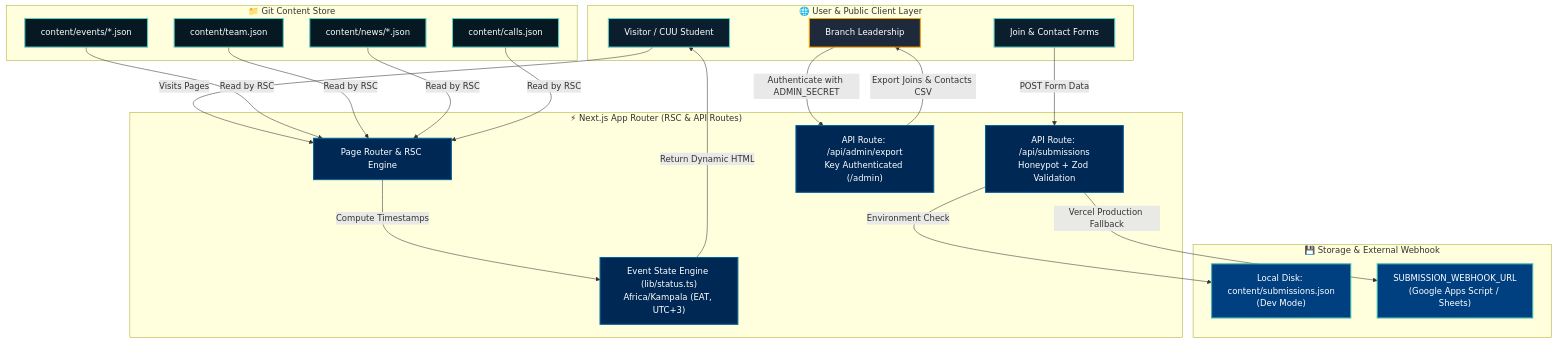
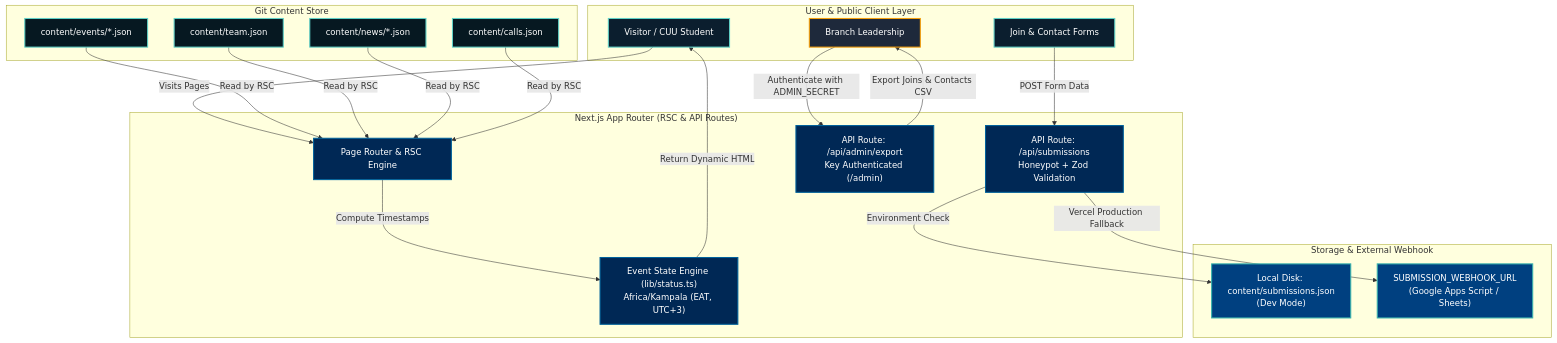
The first of 3 diagrams in README.md (EGABO-TECH/ieee-cuu-website), drawn with Mermaid before and after one commit. The commit also changed other lines of this file, not shown here.

````diff
--- a/README.md
+++ b/README.md
@@ -83,46 +83,46 @@
 ```mermaid
 flowchart TD
     classDef client fill:#0B1E2E,stroke:#5fd0c6,stroke-width:2px,color:#ffffff
     classDef nextjs fill:#002855,stroke:#00629B,stroke-width:2px,color:#ffffff
     classDef content fill:#061821,stroke:#5fd0c6,stroke-width:2px,color:#ffffff
     classDef storage fill:#004080,stroke:#38B2AC,stroke-width:2px,color:#ffffff
     classDef admin fill:#1E293B,stroke:#F59E0B,stroke-width:2px,color:#ffffff
 
-    subgraph ClientLayer [" 🌐 User & Public Client Layer "]
+    subgraph ClientLayer ["  User & Public Client Layer "]
         Visitor["Visitor / CUU Student"]:::client
         Forms["Join & Contact Forms"]:::client
         Secretary["Branch Leadership"]:::admin
     end
 
-    subgraph NextServer [" ⚡ Next.js App Router (RSC & API Routes) "]
+    subgraph NextServer ["  Next.js App Router (RSC & API Routes) "]
         Router["Page Router & RSC Engine"]:::nextjs
         StateEngine["Event State Engine (lib/status.ts)<br>Africa/Kampala (EAT, UTC+3)"]:::nextjs
         FormHandler["API Route: /api/submissions<br>Honeypot + Zod Validation"]:::nextjs
         AdminRoute["API Route: /api/admin/export<br>Key Authenticated (/admin)"]:::nextjs
     end
 
-    subgraph ContentEngine [" 📁 Git Content Store "]
+    subgraph ContentEngine ["  Git Content Store "]
         EventsJSON["content/events/*.json"]:::content
         TeamJSON["content/team.json"]:::content
         NewsJSON["content/news/*.json"]:::content
         CallsJSON["content/calls.json"]:::content
     end
 
-    subgraph StorageLayer [" 💾 Storage & External Webhook "]
+    subgraph StorageLayer ["  Storage & External Webhook "]
         LocalStore["Local Disk: content/submissions.json<br>(Dev Mode)"]:::storage
         GoogleWebhook["SUBMISSION_WEBHOOK_URL<br>(Google Apps Script / Sheets)"]:::storage
     end
 
     %% Interactions
     Visitor -->|"Visits Pages"| Router
     EventsJSON & TeamJSON & NewsJSON & CallsJSON -->|"Read by RSC"| Router
     Router -->|"Compute Timestamps"| StateEngine
     StateEngine -->|"Return Dynamic HTML"| Visitor
 
     Forms -->|"POST Form Data"| FormHandler
     FormHandler -->|"Environment Check"| LocalStore
     FormHandler -->|"Vercel Production Fallback"| GoogleWebhook
 
     Secretary -->|"Authenticate with ADMIN_SECRET"| AdminRoute
     AdminRoute -->|"Export Joins & Contacts CSV"| Secretary
 ```
````
